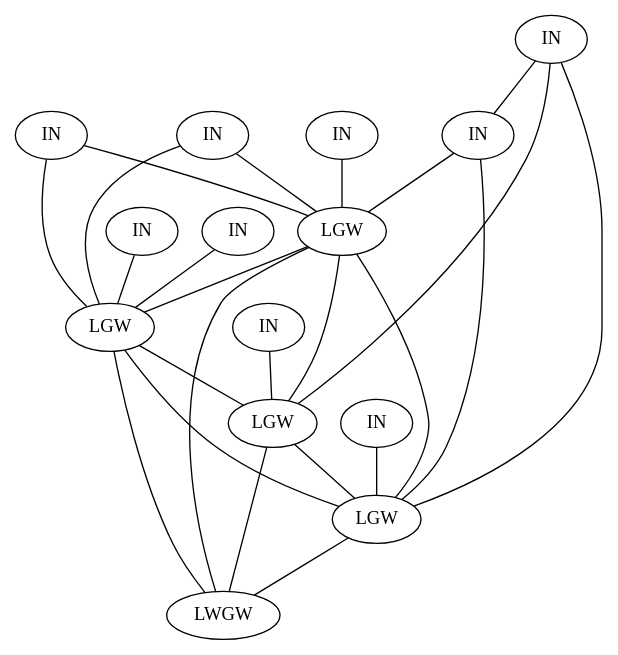
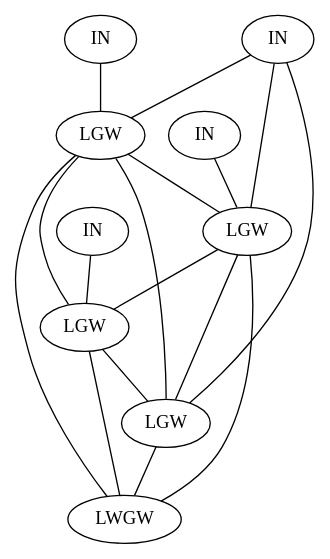
Before and after one commit to JoffreyHerard/LoRa: the diagram in igraph/loraGraph.dot, drawn with Graphviz. The commit also changed 9 other files, not shown here.

First line of the commit message:
Updatin the way to generate the graph

```diff
--- a/igraph/loraGraph.dot
+++ b/igraph/loraGraph.dot
@@ -1,70 +1,47 @@
 /* Created by igraph 0.7.1 */
 graph {
   0 [
     label=LWGW
   ];
   1 [
     label=LGW
   ];
   2 [
     label=LGW
   ];
   3 [
     label=LGW
   ];
   4 [
     label=LGW
   ];
   5 [
     label=IN
   ];
   6 [
     label=IN
   ];
   7 [
     label=IN
   ];
   8 [
     label=IN
   ];
-  9 [
-    label=IN
-  ];
-  10 [
-    label=IN
-  ];
-  11 [
-    label=IN
-  ];
-  12 [
-    label=IN
-  ];
-  13 [
-    label=IN
-  ];
 
   1 -- 0;
   2 -- 0;
   2 -- 1;
   3 -- 0;
   3 -- 1;
   3 -- 2;
   4 -- 0;
   4 -- 1;
   4 -- 2;
   4 -- 3;
-  5 -- 4;
+  5 -- 2;
+  6 -- 1;
+  7 -- 4;
+  8 -- 3;
+  6 -- 3;
   6 -- 4;
-  7 -- 2;
-  8 -- 1;
-  9 -- 3;
-  10 -- 4;
-  11 -- 2;
-  12 -- 3;
-  13 -- 4;
-  5 -- 3;
-  6 -- 3;
-  10 -- 1;
-  11 -- 1;
-  11 -- 10;
 }
```
